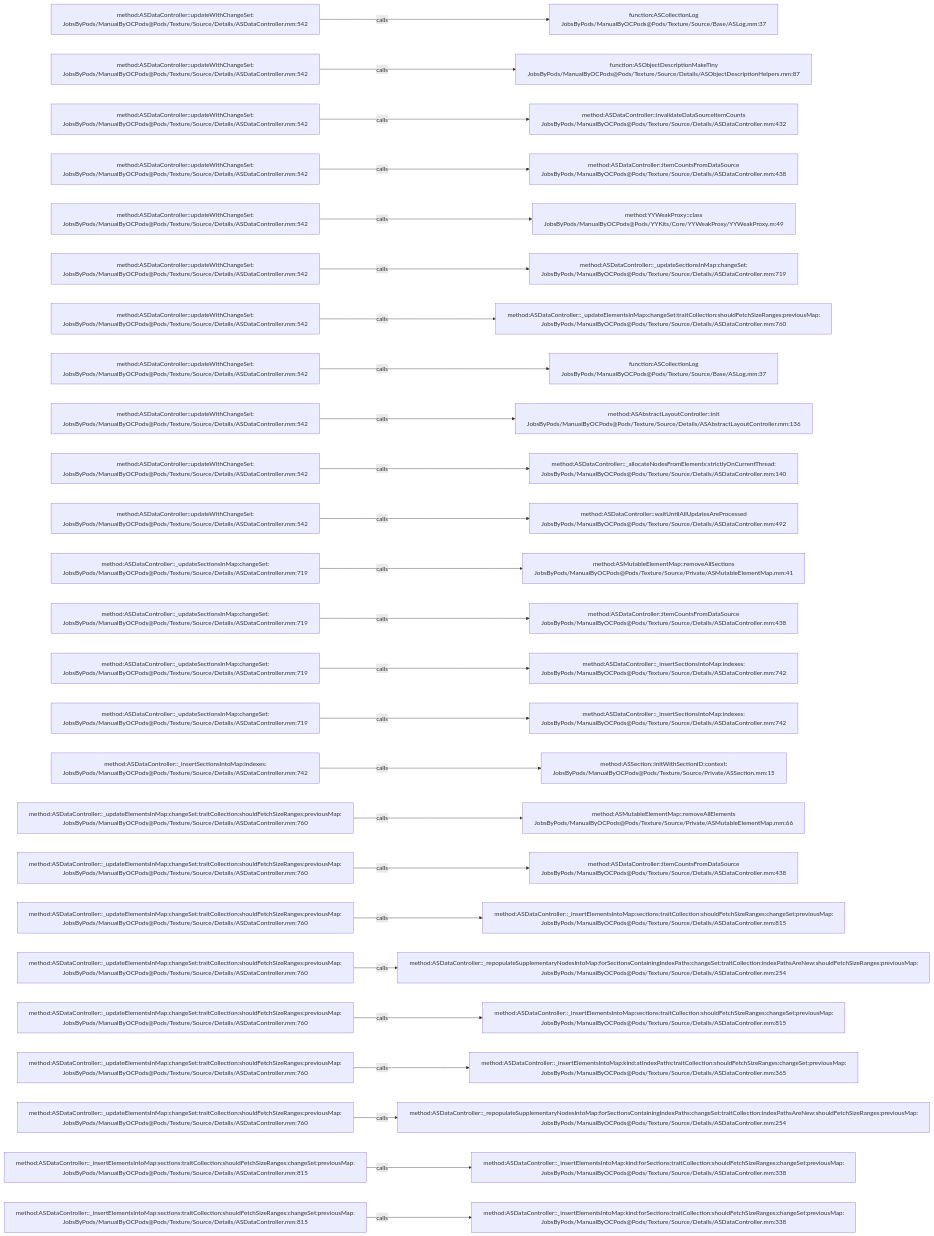
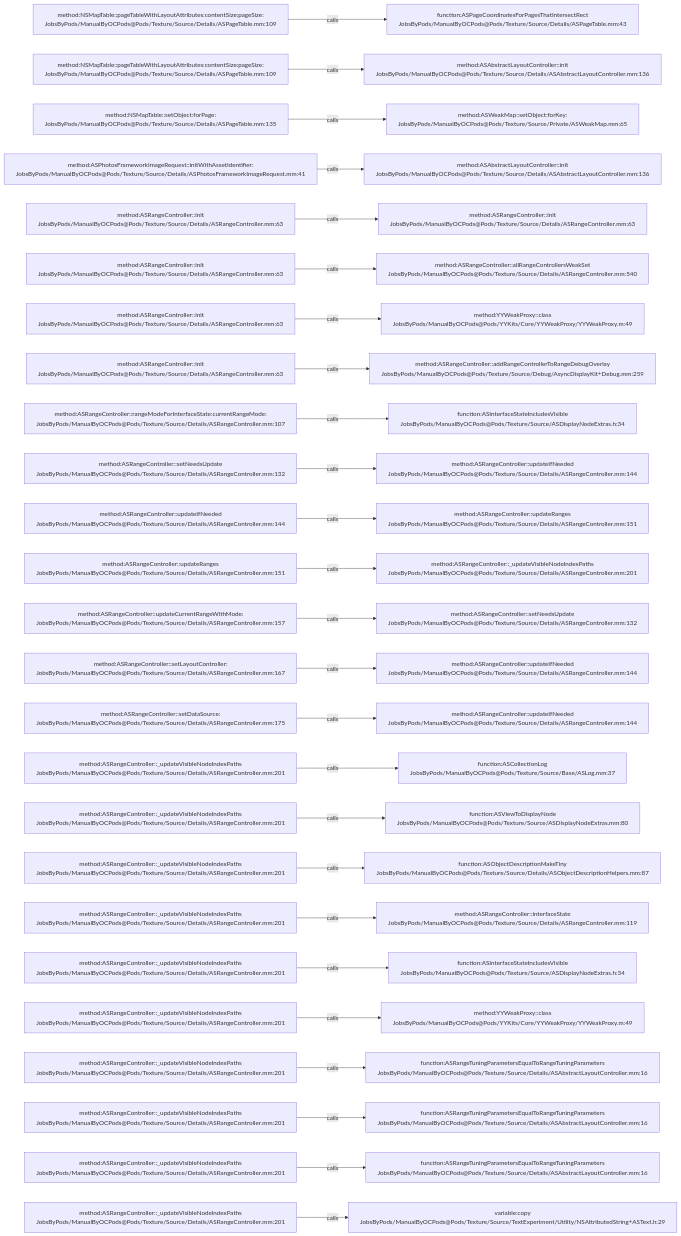
Before and after one commit to JobsKits/JobsOCBaseConfigDemo: the diagram in .codegraph/codegraph.md/graphs/calls-147.md, drawn with Mermaid. The commit also changed 2723 other files, not shown here.

````diff
--- a/.codegraph/codegraph.md/graphs/calls-147.md
+++ b/.codegraph/codegraph.md/graphs/calls-147.md
@@ -13,78 +13,78 @@
 ```mermaid
 flowchart LR
-  S1["method:ASDataController::updateWithChangeSet:<br/>JobsByPods/ManualByOCPods@Pods/Texture/Source/Details/ASDataController.mm:542"]
-  T1["function:ASCollectionLog<br/>JobsByPods/ManualByOCPods@Pods/Texture/Source/Base/ASLog.mm:37"]
+  S1["method:NSMapTable::pageTableWithLayoutAttributes:contentSize:pageSize:<br/>JobsByPods/ManualByOCPods@Pods/Texture/Source/Details/ASPageTable.mm:109"]
+  T1["function:ASPageCoordinatesForPagesThatIntersectRect<br/>JobsByPods/ManualByOCPods@Pods/Texture/Source/Details/ASPageTable.mm:43"]
   S1 -->|calls| T1
-  S2["method:ASDataController::updateWithChangeSet:<br/>JobsByPods/ManualByOCPods@Pods/Texture/Source/Details/ASDataController.mm:542"]
-  T2["function:ASObjectDescriptionMakeTiny<br/>JobsByPods/ManualByOCPods@Pods/Texture/Source/Details/ASObjectDescriptionHelpers.mm:87"]
+  S2["method:NSMapTable::pageTableWithLayoutAttributes:contentSize:pageSize:<br/>JobsByPods/ManualByOCPods@Pods/Texture/Source/Details/ASPageTable.mm:109"]
+  T2["method:ASAbstractLayoutController::init<br/>JobsByPods/ManualByOCPods@Pods/Texture/Source/Details/ASAbstractLayoutController.mm:136"]
   S2 -->|calls| T2
-  S3["method:ASDataController::updateWithChangeSet:<br/>JobsByPods/ManualByOCPods@Pods/Texture/Source/Details/ASDataController.mm:542"]
-  T3["method:ASDataController::invalidateDataSourceItemCounts<br/>JobsByPods/ManualByOCPods@Pods/Texture/Source/Details/ASDataController.mm:432"]
+  S3["method:NSMapTable::setObject:forPage:<br/>JobsByPods/ManualByOCPods@Pods/Texture/Source/Details/ASPageTable.mm:135"]
+  T3["method:ASWeakMap::setObject:forKey:<br/>JobsByPods/ManualByOCPods@Pods/Texture/Source/Private/ASWeakMap.mm:65"]
   S3 -->|calls| T3
-  S4["method:ASDataController::updateWithChangeSet:<br/>JobsByPods/ManualByOCPods@Pods/Texture/Source/Details/ASDataController.mm:542"]
-  T4["method:ASDataController::itemCountsFromDataSource<br/>JobsByPods/ManualByOCPods@Pods/Texture/Source/Details/ASDataController.mm:438"]
+  S4["method:ASPhotosFrameworkImageRequest::initWithAssetIdentifier:<br/>JobsByPods/ManualByOCPods@Pods/Texture/Source/Details/ASPhotosFrameworkImageRequest.mm:41"]
+  T4["method:ASAbstractLayoutController::init<br/>JobsByPods/ManualByOCPods@Pods/Texture/Source/Details/ASAbstractLayoutController.mm:136"]
   S4 -->|calls| T4
-  S5["method:ASDataController::updateWithChangeSet:<br/>JobsByPods/ManualByOCPods@Pods/Texture/Source/Details/ASDataController.mm:542"]
-  T5["method:YYWeakProxy::class<br/>JobsByPods/ManualByOCPods@Pods/YYKits/Core/YYWeakProxy/YYWeakProxy.m:49"]
+  S5["method:ASRangeController::init<br/>JobsByPods/ManualByOCPods@Pods/Texture/Source/Details/ASRangeController.mm:63"]
+  T5["method:ASRangeController::init<br/>JobsByPods/ManualByOCPods@Pods/Texture/Source/Details/ASRangeController.mm:63"]
   S5 -->|calls| T5
-  S6["method:ASDataController::updateWithChangeSet:<br/>JobsByPods/ManualByOCPods@Pods/Texture/Source/Details/ASDataController.mm:542"]
-  T6["method:ASDataController::_updateSectionsInMap:changeSet:<br/>JobsByPods/ManualByOCPods@Pods/Texture/Source/Details/ASDataController.mm:719"]
+  S6["method:ASRangeController::init<br/>JobsByPods/ManualByOCPods@Pods/Texture/Source/Details/ASRangeController.mm:63"]
+  T6["method:ASRangeController::allRangeControllersWeakSet<br/>JobsByPods/ManualByOCPods@Pods/Texture/Source/Details/ASRangeController.mm:540"]
   S6 -->|calls| T6
-  S7["method:ASDataController::updateWithChangeSet:<br/>JobsByPods/ManualByOCPods@Pods/Texture/Source/Details/ASDataController.mm:542"]
-  T7["method:ASDataController::_updateElementsInMap:changeSet:traitCollection:shouldFetchSizeRanges:previousMap:<br/>JobsByPods/ManualByOCPods@Pods/Texture/Source/Details/ASDataController.mm:760"]
+  S7["method:ASRangeController::init<br/>JobsByPods/ManualByOCPods@Pods/Texture/Source/Details/ASRangeController.mm:63"]
+  T7["method:YYWeakProxy::class<br/>JobsByPods/ManualByOCPods@Pods/YYKits/Core/YYWeakProxy/YYWeakProxy.m:49"]
   S7 -->|calls| T7
-  S8["method:ASDataController::updateWithChangeSet:<br/>JobsByPods/ManualByOCPods@Pods/Texture/Source/Details/ASDataController.mm:542"]
-  T8["function:ASCollectionLog<br/>JobsByPods/ManualByOCPods@Pods/Texture/Source/Base/ASLog.mm:37"]
+  S8["method:ASRangeController::init<br/>JobsByPods/ManualByOCPods@Pods/Texture/Source/Details/ASRangeController.mm:63"]
+  T8["method:ASRangeController::addRangeControllerToRangeDebugOverlay<br/>JobsByPods/ManualByOCPods@Pods/Texture/Source/Debug/AsyncDisplayKit+Debug.mm:259"]
   S8 -->|calls| T8
-  S9["method:ASDataController::updateWithChangeSet:<br/>JobsByPods/ManualByOCPods@Pods/Texture/Source/Details/ASDataController.mm:542"]
-  T9["method:ASAbstractLayoutController::init<br/>JobsByPods/ManualByOCPods@Pods/Texture/Source/Details/ASAbstractLayoutController.mm:136"]
+  S9["method:ASRangeController::rangeModeForInterfaceState:currentRangeMode:<br/>JobsByPods/ManualByOCPods@Pods/Texture/Source/Details/ASRangeController.mm:107"]
+  T9["function:ASInterfaceStateIncludesVisible<br/>JobsByPods/ManualByOCPods@Pods/Texture/Source/ASDisplayNodeExtras.h:34"]
   S9 -->|calls| T9
-  S10["method:ASDataController::updateWithChangeSet:<br/>JobsByPods/ManualByOCPods@Pods/Texture/Source/Details/ASDataController.mm:542"]
-  T10["method:ASDataController::_allocateNodesFromElements:strictlyOnCurrentThread:<br/>JobsByPods/ManualByOCPods@Pods/Texture/Source/Details/ASDataController.mm:140"]
+  S10["method:ASRangeController::setNeedsUpdate<br/>JobsByPods/ManualByOCPods@Pods/Texture/Source/Details/ASRangeController.mm:132"]
+  T10["method:ASRangeController::updateIfNeeded<br/>JobsByPods/ManualByOCPods@Pods/Texture/Source/Details/ASRangeController.mm:144"]
   S10 -->|calls| T10
-  S11["method:ASDataController::updateWithChangeSet:<br/>JobsByPods/ManualByOCPods@Pods/Texture/Source/Details/ASDataController.mm:542"]
-  T11["method:ASDataController::waitUntilAllUpdatesAreProcessed<br/>JobsByPods/ManualByOCPods@Pods/Texture/Source/Details/ASDataController.mm:492"]
+  S11["method:ASRangeController::updateIfNeeded<br/>JobsByPods/ManualByOCPods@Pods/Texture/Source/Details/ASRangeController.mm:144"]
+  T11["method:ASRangeController::updateRanges<br/>JobsByPods/ManualByOCPods@Pods/Texture/Source/Details/ASRangeController.mm:151"]
   S11 -->|calls| T11
-  S12["method:ASDataController::_updateSectionsInMap:changeSet:<br/>JobsByPods/ManualByOCPods@Pods/Texture/Source/Details/ASDataController.mm:719"]
-  T12["method:ASMutableElementMap::removeAllSections<br/>JobsByPods/ManualByOCPods@Pods/Texture/Source/Private/ASMutableElementMap.mm:41"]
+  S12["method:ASRangeController::updateRanges<br/>JobsByPods/ManualByOCPods@Pods/Texture/Source/Details/ASRangeController.mm:151"]
+  T12["method:ASRangeController::_updateVisibleNodeIndexPaths<br/>JobsByPods/ManualByOCPods@Pods/Texture/Source/Details/ASRangeController.mm:201"]
   S12 -->|calls| T12
-  S13["method:ASDataController::_updateSectionsInMap:changeSet:<br/>JobsByPods/ManualByOCPods@Pods/Texture/Source/Details/ASDataController.mm:719"]
-  T13["method:ASDataController::itemCountsFromDataSource<br/>JobsByPods/ManualByOCPods@Pods/Texture/Source/Details/ASDataController.mm:438"]
+  S13["method:ASRangeController::updateCurrentRangeWithMode:<br/>JobsByPods/ManualByOCPods@Pods/Texture/Source/Details/ASRangeController.mm:157"]
+  T13["method:ASRangeController::setNeedsUpdate<br/>JobsByPods/ManualByOCPods@Pods/Texture/Source/Details/ASRangeController.mm:132"]
   S13 -->|calls| T13
-  S14["method:ASDataController::_updateSectionsInMap:changeSet:<br/>JobsByPods/ManualByOCPods@Pods/Texture/Source/Details/ASDataController.mm:719"]
-  T14["method:ASDataController::_insertSectionsIntoMap:indexes:<br/>JobsByPods/ManualByOCPods@Pods/Texture/Source/Details/ASDataController.mm:742"]
+  S14["method:ASRangeController::setLayoutController:<br/>JobsByPods/ManualByOCPods@Pods/Texture/Source/Details/ASRangeController.mm:167"]
+  T14["method:ASRangeController::updateIfNeeded<br/>JobsByPods/ManualByOCPods@Pods/Texture/Source/Details/ASRangeController.mm:144"]
   S14 -->|calls| T14
-  S15["method:ASDataController::_updateSectionsInMap:changeSet:<br/>JobsByPods/ManualByOCPods@Pods/Texture/Source/Details/ASDataController.mm:719"]
-  T15["method:ASDataController::_insertSectionsIntoMap:indexes:<br/>JobsByPods/ManualByOCPods@Pods/Texture/Source/Details/ASDataController.mm:742"]
+  S15["method:ASRangeController::setDataSource:<br/>JobsByPods/ManualByOCPods@Pods/Texture/Source/Details/ASRangeController.mm:175"]
+  T15["method:ASRangeController::updateIfNeeded<br/>JobsByPods/ManualByOCPods@Pods/Texture/Source/Details/ASRangeController.mm:144"]
   S15 -->|calls| T15
-  S16["method:ASDataController::_insertSectionsIntoMap:indexes:<br/>JobsByPods/ManualByOCPods@Pods/Texture/Source/Details/ASDataController.mm:742"]
-  T16["method:ASSection::initWithSectionID:context:<br/>JobsByPods/ManualByOCPods@Pods/Texture/Source/Private/ASSection.mm:15"]
+  S16["method:ASRangeController::_updateVisibleNodeIndexPaths<br/>JobsByPods/ManualByOCPods@Pods/Texture/Source/Details/ASRangeController.mm:201"]
+  T16["function:ASCollectionLog<br/>JobsByPods/ManualByOCPods@Pods/Texture/Source/Base/ASLog.mm:37"]
   S16 -->|calls| T16
-  S17["method:ASDataController::_updateElementsInMap:changeSet:traitCollection:shouldFetchSizeRanges:previousMap:<br/>JobsByPods/ManualByOCPods@Pods/Texture/Source/Details/ASDataController.mm:760"]
-  T17["method:ASMutableElementMap::removeAllElements<br/>JobsByPods/ManualByOCPods@Pods/Texture/Source/Private/ASMutableElementMap.mm:66"]
+  S17["method:ASRangeController::_updateVisibleNodeIndexPaths<br/>JobsByPods/ManualByOCPods@Pods/Texture/Source/Details/ASRangeController.mm:201"]
+  T17["function:ASViewToDisplayNode<br/>JobsByPods/ManualByOCPods@Pods/Texture/Source/ASDisplayNodeExtras.mm:80"]
   S17 -->|calls| T17
-  S18["method:ASDataController::_updateElementsInMap:changeSet:traitCollection:shouldFetchSizeRanges:previousMap:<br/>JobsByPods/ManualByOCPods@Pods/Texture/Source/Details/ASDataController.mm:760"]
-  T18["method:ASDataController::itemCountsFromDataSource<br/>JobsByPods/ManualByOCPods@Pods/Texture/Source/Details/ASDataController.mm:438"]
+  S18["method:ASRangeController::_updateVisibleNodeIndexPaths<br/>JobsByPods/ManualByOCPods@Pods/Texture/Source/Details/ASRangeController.mm:201"]
+  T18["function:ASObjectDescriptionMakeTiny<br/>JobsByPods/ManualByOCPods@Pods/Texture/Source/Details/ASObjectDescriptionHelpers.mm:87"]
   S18 -->|calls| T18
-  S19["method:ASDataController::_updateElementsInMap:changeSet:traitCollection:shouldFetchSizeRanges:previousMap:<br/>JobsByPods/ManualByOCPods@Pods/Texture/Source/Details/ASDataController.mm:760"]
-  T19["method:ASDataController::_insertElementsIntoMap:sections:traitCollection:shouldFetchSizeRanges:changeSet:previousMap:<br/>JobsByPods/ManualByOCPods@Pods/Texture/Source/Details/ASDataController.mm:815"]
+  S19["method:ASRangeController::_updateVisibleNodeIndexPaths<br/>JobsByPods/ManualByOCPods@Pods/Texture/Source/Details/ASRangeController.mm:201"]
+  T19["method:ASRangeController::interfaceState<br/>JobsByPods/ManualByOCPods@Pods/Texture/Source/Details/ASRangeController.mm:119"]
   S19 -->|calls| T19
-  S20["method:ASDataController::_updateElementsInMap:changeSet:traitCollection:shouldFetchSizeRanges:previousMap:<br/>JobsByPods/ManualByOCPods@Pods/Texture/Source/Details/ASDataController.mm:760"]
-  T20["method:ASDataController::_repopulateSupplementaryNodesIntoMap:forSectionsContainingIndexPaths:changeSet:traitCollection:indexPathsAreNew:shouldFetchSizeRanges:previousMap:<br/>JobsByPods/ManualByOCPods@Pods/Texture/Source/Details/ASDataController.mm:254"]
+  S20["method:ASRangeController::_updateVisibleNodeIndexPaths<br/>JobsByPods/ManualByOCPods@Pods/Texture/Source/Details/ASRangeController.mm:201"]
+  T20["function:ASInterfaceStateIncludesVisible<br/>JobsByPods/ManualByOCPods@Pods/Texture/Source/ASDisplayNodeExtras.h:34"]
   S20 -->|calls| T20
-  S21["method:ASDataController::_updateElementsInMap:changeSet:traitCollection:shouldFetchSizeRanges:previousMap:<br/>JobsByPods/ManualByOCPods@Pods/Texture/Source/Details/ASDataController.mm:760"]
-  T21["method:ASDataController::_insertElementsIntoMap:sections:traitCollection:shouldFetchSizeRanges:changeSet:previousMap:<br/>JobsByPods/ManualByOCPods@Pods/Texture/Source/Details/ASDataController.mm:815"]
+  S21["method:ASRangeController::_updateVisibleNodeIndexPaths<br/>JobsByPods/ManualByOCPods@Pods/Texture/Source/Details/ASRangeController.mm:201"]
+  T21["method:YYWeakProxy::class<br/>JobsByPods/ManualByOCPods@Pods/YYKits/Core/YYWeakProxy/YYWeakProxy.m:49"]
   S21 -->|calls| T21
-  S22["method:ASDataController::_updateElementsInMap:changeSet:traitCollection:shouldFetchSizeRanges:previousMap:<br/>JobsByPods/ManualByOCPods@Pods/Texture/Source/Details/ASDataController.mm:760"]
-  T22["method:ASDataController::_insertElementsIntoMap:kind:atIndexPaths:traitCollection:shouldFetchSizeRanges:changeSet:previousMap:<br/>JobsByPods/ManualByOCPods@Pods/Texture/Source/Details/ASDataController.mm:365"]
+  S22["method:ASRangeController::_updateVisibleNodeIndexPaths<br/>JobsByPods/ManualByOCPods@Pods/Texture/Source/Details/ASRangeController.mm:201"]
+  T22["function:ASRangeTuningParametersEqualToRangeTuningParameters<br/>JobsByPods/ManualByOCPods@Pods/Texture/Source/Details/ASAbstractLayoutController.mm:16"]
   S22 -->|calls| T22
-  S23["method:ASDataController::_updateElementsInMap:changeSet:traitCollection:shouldFetchSizeRanges:previousMap:<br/>JobsByPods/ManualByOCPods@Pods/Texture/Source/Details/ASDataController.mm:760"]
-  T23["method:ASDataController::_repopulateSupplementaryNodesIntoMap:forSectionsContainingIndexPaths:changeSet:traitCollection:indexPathsAreNew:shouldFetchSizeRanges:previousMap:<br/>JobsByPods/ManualByOCPods@Pods/Texture/Source/Details/ASDataController.mm:254"]
+  S23["method:ASRangeController::_updateVisibleNodeIndexPaths<br/>JobsByPods/ManualByOCPods@Pods/Texture/Source/Details/ASRangeController.mm:201"]
+  T23["function:ASRangeTuningParametersEqualToRangeTuningParameters<br/>JobsByPods/ManualByOCPods@Pods/Texture/Source/Details/ASAbstractLayoutController.mm:16"]
   S23 -->|calls| T23
-  S24["method:ASDataController::_insertElementsIntoMap:sections:traitCollection:shouldFetchSizeRanges:changeSet:previousMap:<br/>JobsByPods/ManualByOCPods@Pods/Texture/Source/Details/ASDataController.mm:815"]
-  T24["method:ASDataController::_insertElementsIntoMap:kind:forSections:traitCollection:shouldFetchSizeRanges:changeSet:previousMap:<br/>JobsByPods/ManualByOCPods@Pods/Texture/Source/Details/ASDataController.mm:338"]
+  S24["method:ASRangeController::_updateVisibleNodeIndexPaths<br/>JobsByPods/ManualByOCPods@Pods/Texture/Source/Details/ASRangeController.mm:201"]
+  T24["function:ASRangeTuningParametersEqualToRangeTuningParameters<br/>JobsByPods/ManualByOCPods@Pods/Texture/Source/Details/ASAbstractLayoutController.mm:16"]
   S24 -->|calls| T24
-  S25["method:ASDataController::_insertElementsIntoMap:sections:traitCollection:shouldFetchSizeRanges:changeSet:previousMap:<br/>JobsByPods/ManualByOCPods@Pods/Texture/Source/Details/ASDataController.mm:815"]
-  T25["method:ASDataController::_insertElementsIntoMap:kind:forSections:traitCollection:shouldFetchSizeRanges:changeSet:previousMap:<br/>JobsByPods/ManualByOCPods@Pods/Texture/Source/Details/ASDataController.mm:338"]
+  S25["method:ASRangeController::_updateVisibleNodeIndexPaths<br/>JobsByPods/ManualByOCPods@Pods/Texture/Source/Details/ASRangeController.mm:201"]
+  T25["variable:copy<br/>JobsByPods/ManualByOCPods@Pods/Texture/Source/TextExperiment/Utility/NSAttributedString+ASText.h:29"]
   S25 -->|calls| T25
 ```
````
